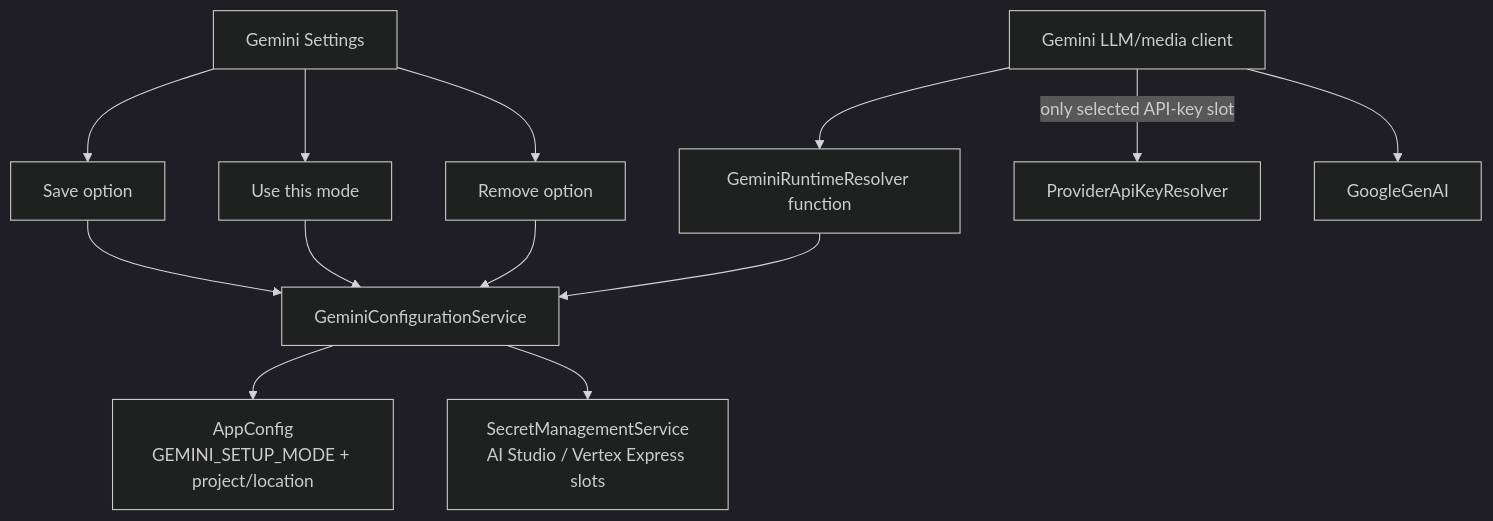
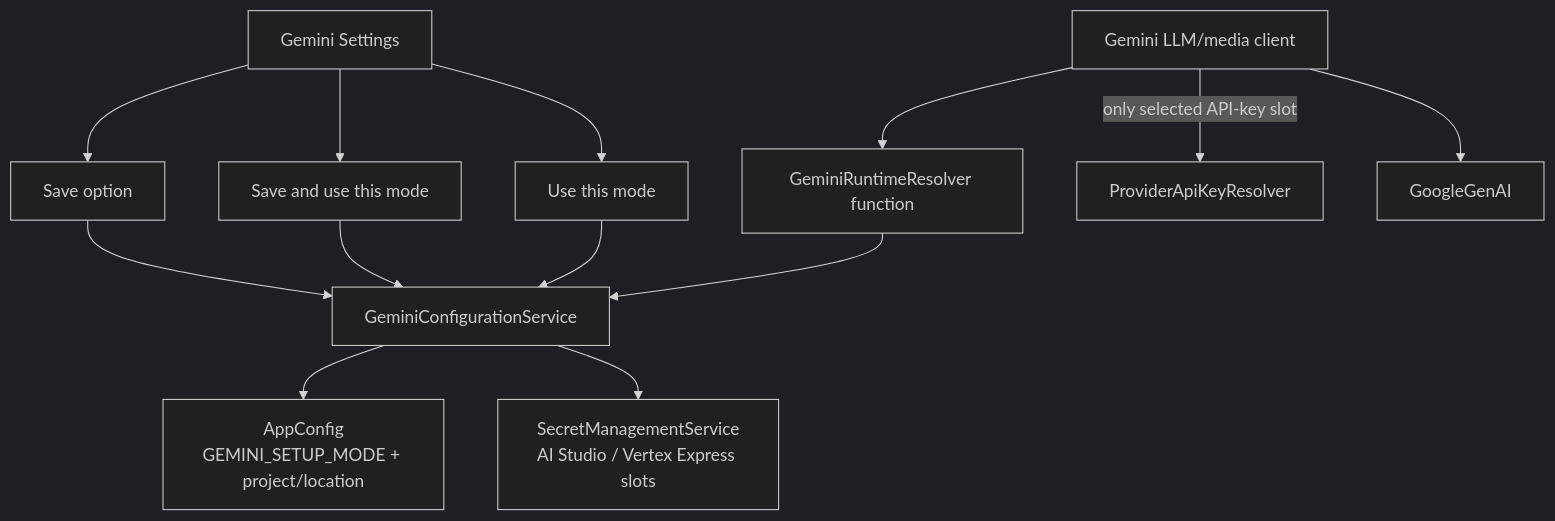
The sixth of 14 diagrams in tickets/in-progress/secure-centralized-secret-provisioning/secret-storage-architecture.md (AutoByteus/autobyteus-workspace), drawn with Mermaid (dark theme) before and after one commit. The commit also changed other lines of this file and 121 other files, not shown here.

````diff
--- a/tickets/in-progress/secure-centralized-secret-provisioning/secret-storage-architecture.md
+++ b/tickets/in-progress/secure-centralized-secret-provisioning/secret-storage-architecture.md
@@ -181,28 +181,28 @@
 ```mermaid
 flowchart TB
   UI[Gemini Settings]
   Save[Save option]
+  SaveUse[Save and use this mode]
   Activate[Use this mode]
-  Remove[Remove option]
   ConfigService[GeminiConfigurationService]
   AppConfig[AppConfig\nGEMINI_SETUP_MODE + project/location]
   Vault[SecretManagementService\nAI Studio / Vertex Express slots]
   RuntimeResolver[GeminiRuntimeResolver function]
   Client[Gemini LLM/media client]
   KeyResolver[ProviderApiKeyResolver]
   SDK[GoogleGenAI]
 
   UI --> Save
+  UI --> SaveUse
   UI --> Activate
-  UI --> Remove
   Save --> ConfigService
+  SaveUse --> ConfigService
   Activate --> ConfigService
-  Remove --> ConfigService
   ConfigService --> AppConfig
   ConfigService --> Vault
 
   Client --> RuntimeResolver
   RuntimeResolver --> ConfigService
   Client -->|only selected API-key slot| KeyResolver
   Client --> SDK
 ```
````
